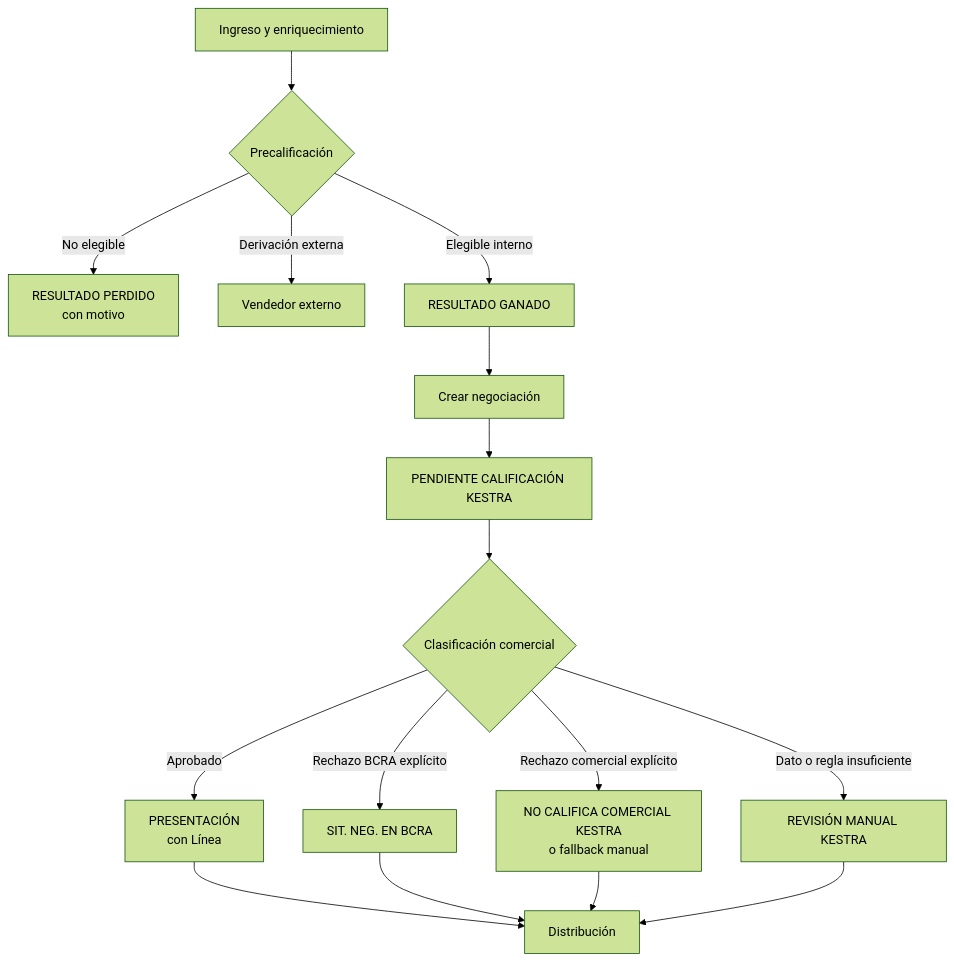
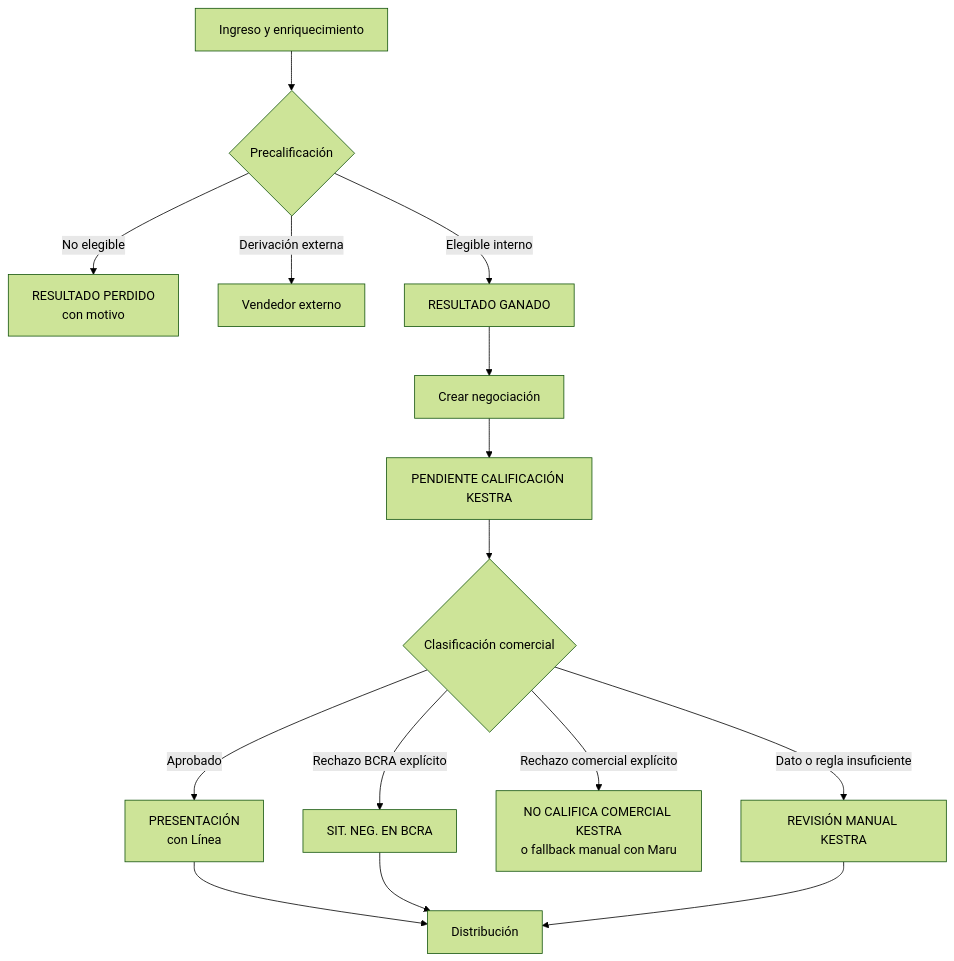
Before and after one commit to Red-Unisol/redunisol-platform: the first of 3 diagrams in kestra/automations/marketing-crm/docs/commercial-rules/PROCESS_OVERVIEW.md, drawn with Mermaid (forest theme). The commit also changed other lines of this file and 16 other files, not shown here.

````diff
--- a/kestra/automations/marketing-crm/docs/commercial-rules/PROCESS_OVERVIEW.md
+++ b/kestra/automations/marketing-crm/docs/commercial-rules/PROCESS_OVERVIEW.md
@@ -10,18 +11,17 @@
 ```mermaid
 flowchart TD
     A[Ingreso y enriquecimiento] --> B{Precalificación}
     B -->|No elegible| C[RESULTADO PERDIDO<br/>con motivo]
     B -->|Derivación externa| D[Vendedor externo]
     B -->|Elegible interno| E[RESULTADO GANADO]
     E --> F[Crear negociación]
     F --> G[PENDIENTE CALIFICACIÓN KESTRA]
     G --> H{Clasificación comercial}
     H -->|Aprobado| I[PRESENTACIÓN<br/>con Línea]
     H -->|Rechazo BCRA explícito| J[SIT. NEG. EN BCRA]
-    H -->|Rechazo comercial explícito| K[NO CALIFICA COMERCIAL KESTRA<br/>o fallback manual]
+    H -->|Rechazo comercial explícito| K[NO CALIFICA COMERCIAL KESTRA<br/>o fallback manual con Maru]
     H -->|Dato o regla insuficiente| L[REVISIÓN MANUAL KESTRA]
     I --> M[Distribución]
     J --> M
-    K --> M
     L --> M
 ```
````
